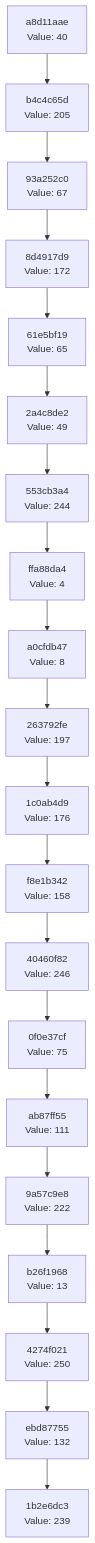
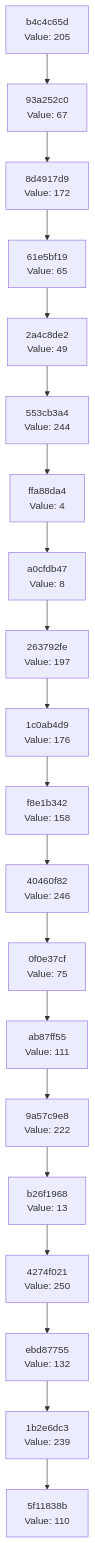
Before and after one commit to Abhisheksinha1506/hash-chain-evolver: the diagram in docs/CHAIN_VISUALIZATION.md, drawn with Mermaid. The commit also changed 3 other files, not shown here.

````diff
--- a/docs/CHAIN_VISUALIZATION.md
+++ b/docs/CHAIN_VISUALIZATION.md
@@ -3,42 +3,42 @@
 ```mermaid
 graph TD
-    C0["1b2e6dc3<br/>Value: 239"]
-    C1["ebd87755<br/>Value: 132"]
+    C0["5f11838b<br/>Value: 110"]
+    C1["1b2e6dc3<br/>Value: 239"]
     C1 --> C0
-    C2["4274f021<br/>Value: 250"]
+    C2["ebd87755<br/>Value: 132"]
     C2 --> C1
-    C3["b26f1968<br/>Value: 13"]
+    C3["4274f021<br/>Value: 250"]
     C3 --> C2
-    C4["9a57c9e8<br/>Value: 222"]
+    C4["b26f1968<br/>Value: 13"]
     C4 --> C3
-    C5["ab87ff55<br/>Value: 111"]
+    C5["9a57c9e8<br/>Value: 222"]
     C5 --> C4
-    C6["0f0e37cf<br/>Value: 75"]
+    C6["ab87ff55<br/>Value: 111"]
     C6 --> C5
-    C7["40460f82<br/>Value: 246"]
+    C7["0f0e37cf<br/>Value: 75"]
     C7 --> C6
-    C8["f8e1b342<br/>Value: 158"]
+    C8["40460f82<br/>Value: 246"]
     C8 --> C7
-    C9["1c0ab4d9<br/>Value: 176"]
+    C9["f8e1b342<br/>Value: 158"]
     C9 --> C8
-    C10["263792fe<br/>Value: 197"]
+    C10["1c0ab4d9<br/>Value: 176"]
     C10 --> C9
-    C11["a0cfdb47<br/>Value: 8"]
+    C11["263792fe<br/>Value: 197"]
     C11 --> C10
-    C12["ffa88da4<br/>Value: 4"]
+    C12["a0cfdb47<br/>Value: 8"]
     C12 --> C11
-    C13["553cb3a4<br/>Value: 244"]
+    C13["ffa88da4<br/>Value: 4"]
     C13 --> C12
-    C14["2a4c8de2<br/>Value: 49"]
+    C14["553cb3a4<br/>Value: 244"]
     C14 --> C13
-    C15["61e5bf19<br/>Value: 65"]
+    C15["2a4c8de2<br/>Value: 49"]
     C15 --> C14
-    C16["8d4917d9<br/>Value: 172"]
+    C16["61e5bf19<br/>Value: 65"]
     C16 --> C15
-    C17["93a252c0<br/>Value: 67"]
+    C17["8d4917d9<br/>Value: 172"]
     C17 --> C16
-    C18["b4c4c65d<br/>Value: 205"]
+    C18["93a252c0<br/>Value: 67"]
     C18 --> C17
-    C19["a8d11aae<br/>Value: 40"]
+    C19["b4c4c65d<br/>Value: 205"]
     C19 --> C18
 ```
````
